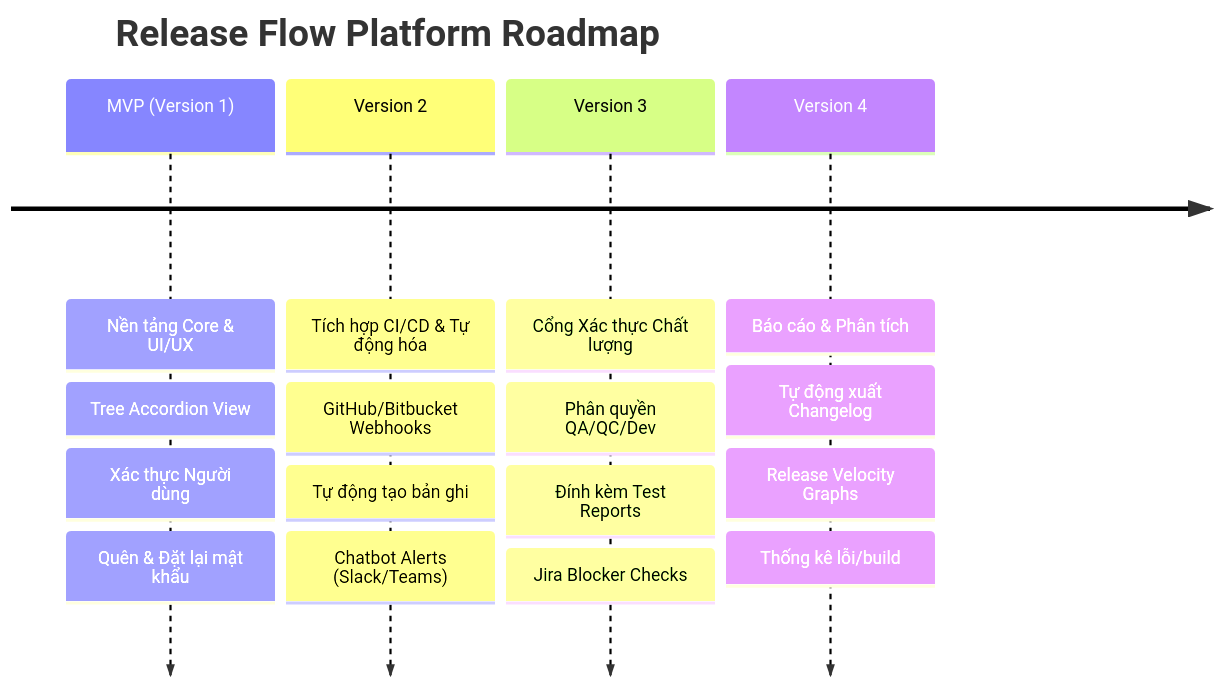
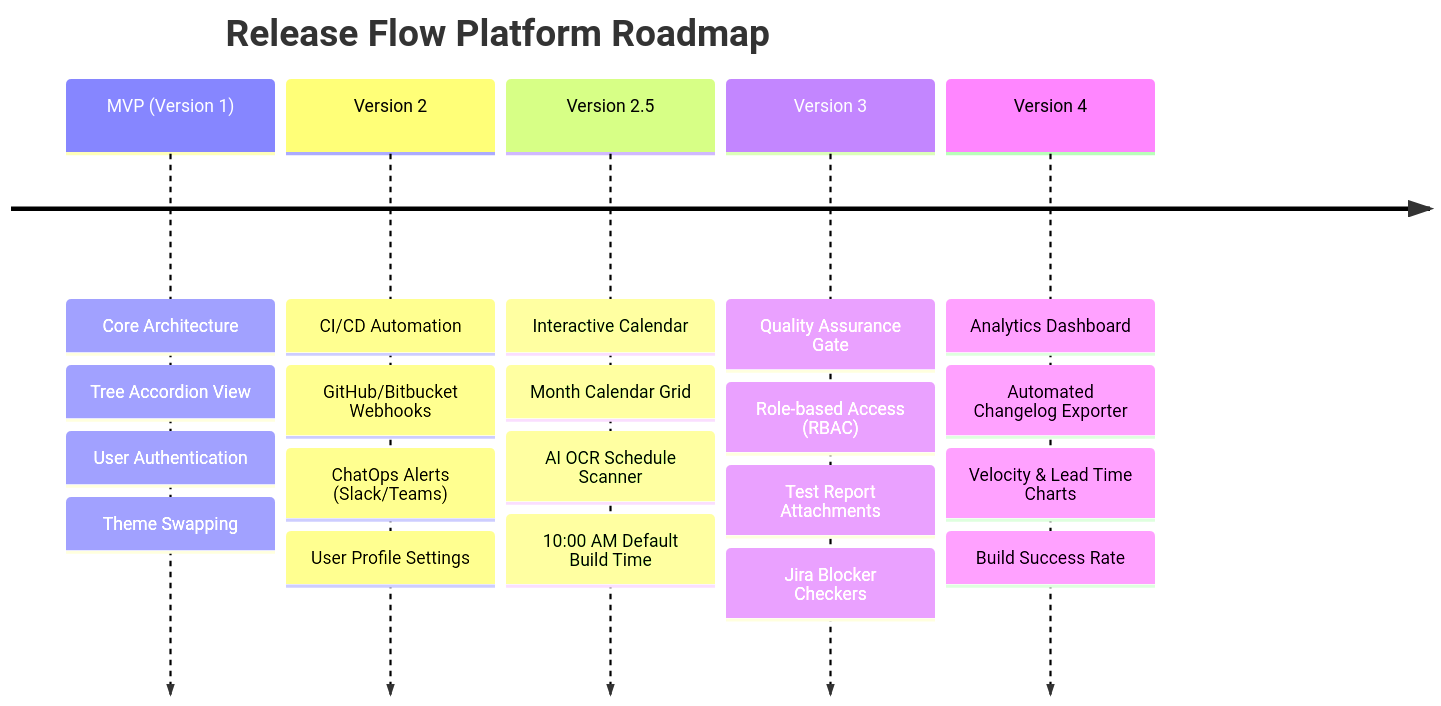
One commit to quocanhDev99/release_flow_platform changed the diagram in docs/08-roadmap.md. Above: the diagram before and after it, drawn with Mermaid. The commit also changed other lines of this file and 35 other files, not shown here.

Commit message:
feat: implement deployment scheduling system with support for release packages, booking management, and automated window policies

````diff
--- a/docs/08-roadmap.md
+++ b/docs/08-roadmap.md
@@ -9,8 +9,9 @@
 ```mermaid
 timeline
     title Release Flow Platform Roadmap
-    MVP (Version 1) : Nền tảng Core & UI/UX : Tree Accordion View : Xác thực Người dùng : Quên & Đặt lại mật khẩu
-    Version 2 : Tích hợp CI/CD & Tự động hóa : GitHub/Bitbucket Webhooks : Tự động tạo bản ghi : Chatbot Alerts (Slack/Teams)
-    Version 3 : Cổng Xác thực Chất lượng : Phân quyền QA/QC/Dev : Đính kèm Test Reports : Jira Blocker Checks
-    Version 4 : Báo cáo & Phân tích : Tự động xuất Changelog : Release Velocity Graphs : Thống kê lỗi/build
+    MVP (Version 1) : Core Architecture : Tree Accordion View : User Authentication : Theme Swapping
+    Version 2 : CI/CD Automation : GitHub/Bitbucket Webhooks : ChatOps Alerts (Slack/Teams) : User Profile Settings
+    Version 2.5 : Interactive Calendar : Month Calendar Grid : AI OCR Schedule Scanner : 10:00 AM Default Build Time
+    Version 3 : Quality Assurance Gate : Role-based Access (RBAC) : Test Report Attachments : Jira Blocker Checkers
+    Version 4 : Analytics Dashboard : Automated Changelog Exporter : Velocity & Lead Time Charts : Build Success Rate
 ```
````
